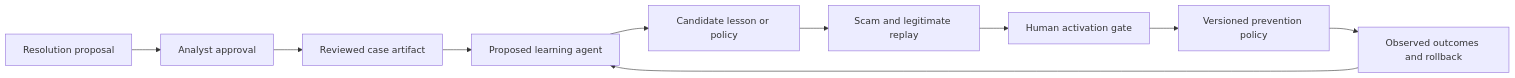
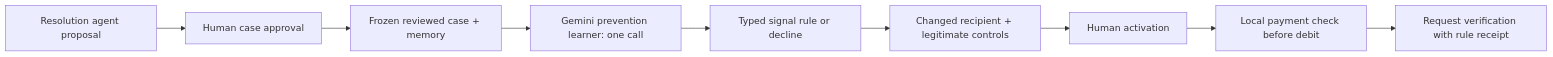
One commit to VinceVence/apac-team-rocket changed the diagram in docs/agents.md. Above: the diagram before and after it, drawn with Mermaid. The commit also changed other lines of this file and 31 other files, not shown here.

Commit message:
Build guided two-agent fraud investigation and prevention demo

````diff
--- a/docs/agents.md
+++ b/docs/agents.md
@@ -27,12 +30,11 @@
 ```mermaid
 flowchart LR
-    Resolution[Resolution proposal] --> Human[Analyst approval]
-    Human --> Artifact[Reviewed case artifact]
-    Artifact --> Curator[Proposed learning agent]
-    Curator --> Candidate[Candidate lesson or policy]
-    Candidate --> Replay[Scam and legitimate replay]
-    Replay --> Gate[Human activation gate]
-    Gate --> Serving[Versioned prevention policy]
-    Serving --> Outcome[Observed outcomes and rollback]
-    Outcome --> Curator
+    Resolution[Resolution agent proposal] --> Human[Human case approval]
+    Human --> Artifact[Frozen reviewed case + memory]
+    Artifact --> Learner[Gemini prevention learner: one call]
+    Learner --> Candidate[Typed signal rule or decline]
+    Candidate --> Replay[Changed recipient + legitimate controls]
+    Replay --> Gate[Human activation]
+    Gate --> Serving[Local payment check before debit]
+    Serving --> Hold[Request verification with rule receipt]
 ```
````
